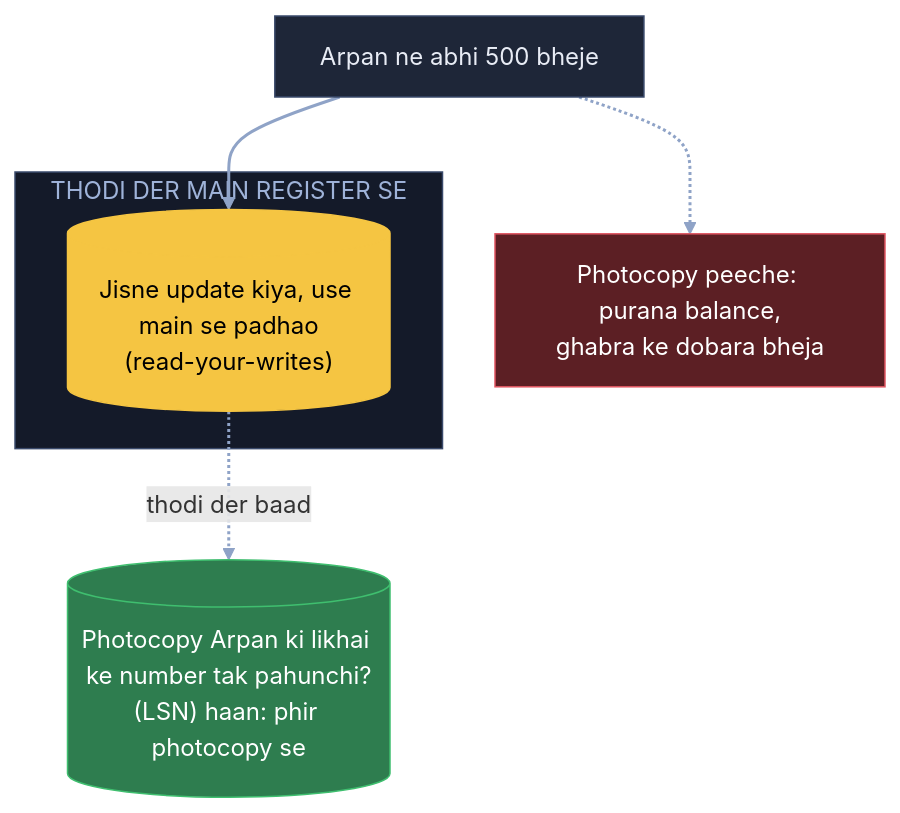
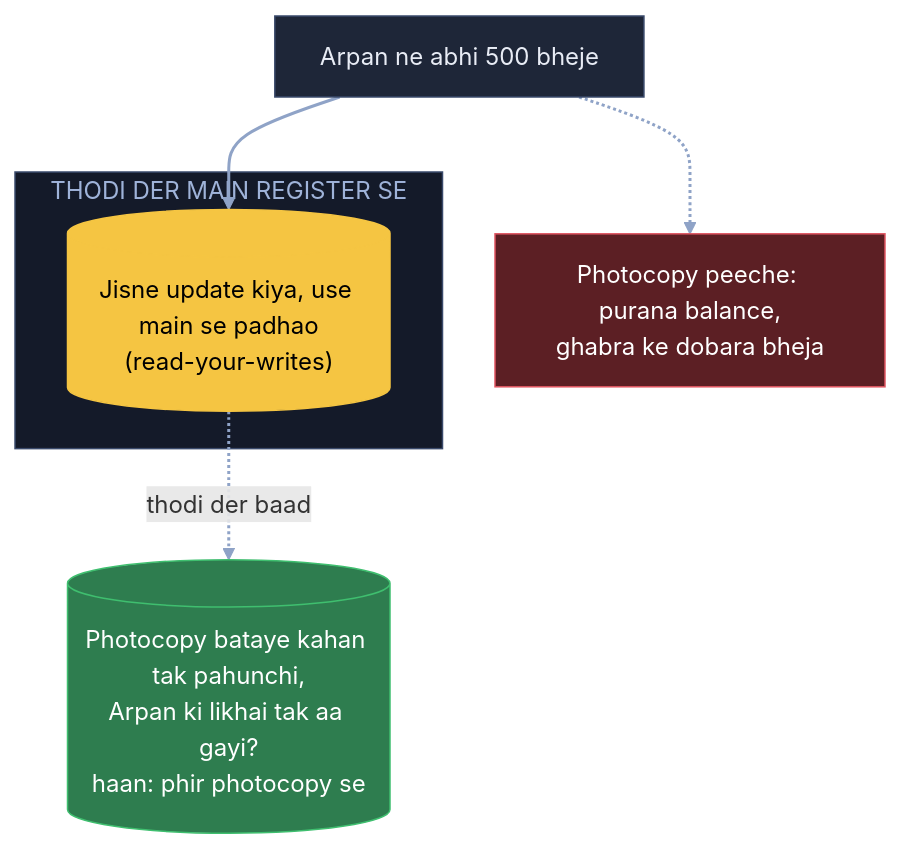
The ninth of 22 diagrams in 04_HLD/SYSTEM_DESIGNS/13_banking_system/13_banking_system.md (ArpanMaheshwari144/Prep), drawn with Mermaid before and after one commit. The commit also changed other lines of this file and 4 other files, not shown here.

Commit message:
Banking 9 + Twitter: LSN hataya, replica khud bataye kahan tak pahunchi (1000 me 980 = 20 peeche), Arpan

````diff
--- a/04_HLD/SYSTEM_DESIGNS/13_banking_system/13_banking_system.md
+++ b/04_HLD/SYSTEM_DESIGNS/13_banking_system/13_banking_system.md
@@ -376,18 +376,18 @@
 ```mermaid
 flowchart TB
     A["Arpan ne abhi 500 bheje"]:::card
     X["Photocopy peeche: purana balance,<br/>ghabra ke dobara bheja"]:::bad
     subgraph TD["THODI DER MAIN REGISTER SE"]
         M[("Jisne update kiya, use main se padhao<br/>(read-your-writes)")]:::pill
     end
-    P[("Photocopy Arpan ki likhai ke number tak pahunchi?<br/>(LSN) haan: phir photocopy se")]:::good
+    P[("Photocopy bataye kahan tak pahunchi,<br/>Arpan ki likhai tak aa gayi?<br/>haan: phir photocopy se")]:::good
     A --> M
     A -.-> X
     M -. "thodi der baad" .-> P
     linkStyle default stroke:#8fa3c7,stroke-width:2px
     classDef card fill:#1e2638,stroke:#3a4a6b,color:#e8ecf5
     classDef pill fill:#f5c542,stroke:#f5c542,color:#000
     classDef good fill:#2e7d4f,stroke:#3fbf6f,color:#fff
     classDef bad fill:#5c1f24,stroke:#e05561,color:#fff
     style TD fill:#141a29,stroke:#3a4a6b,color:#9fb3d9
 ```
````
